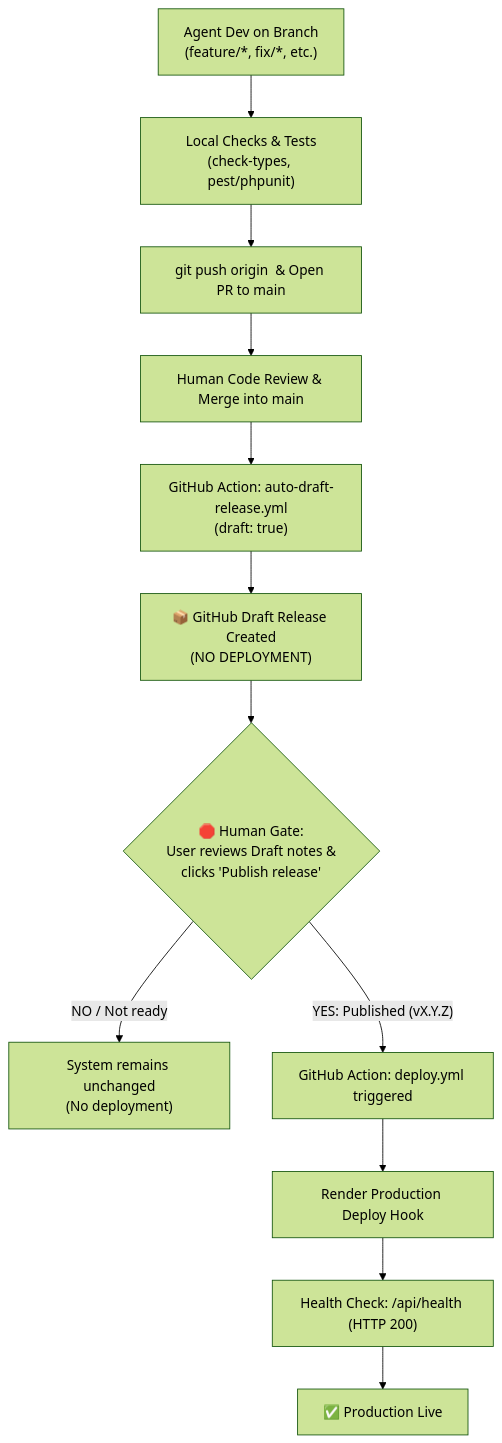
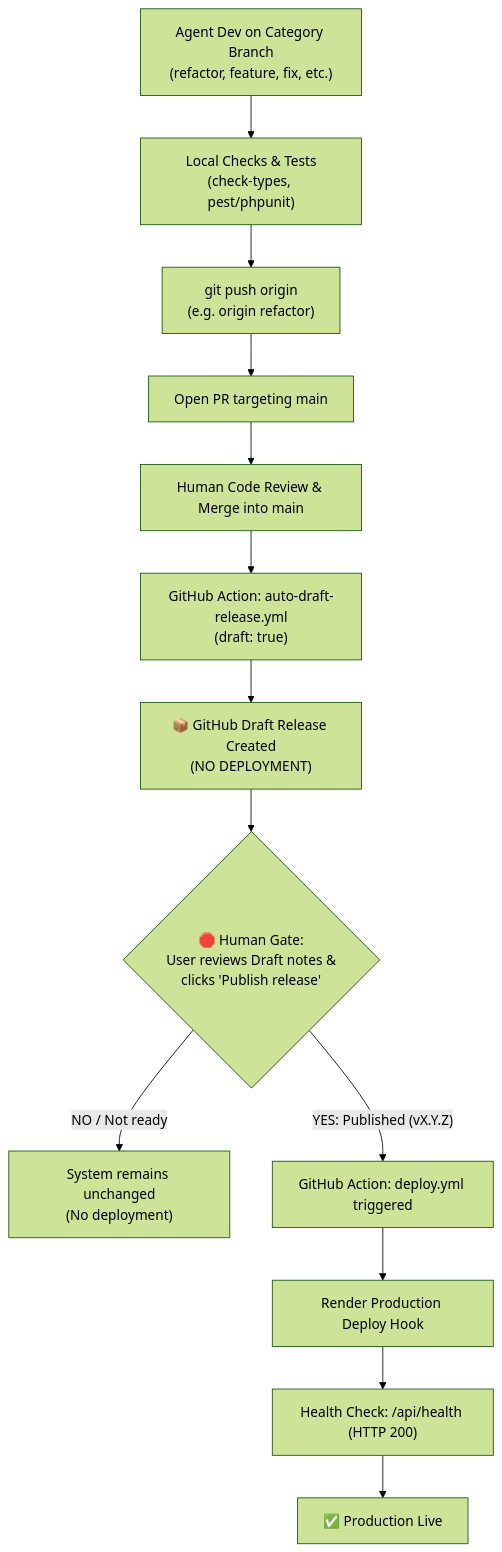
Before and after one commit to NQuangHuyZ31/TIKTOK-CRAWLER-CMS: the diagram in AGENTS.md, drawn with Mermaid (forest theme). The commit also changed other lines of this file and 5 other files, not shown here.

Commit message:
chore(workflow): enforce fixed category branch policy with zero direct push to main

````diff
--- a/AGENTS.md
+++ b/AGENTS.md
@@ -55,14 +59,15 @@
 ```mermaid
 flowchart TD
-    A["Agent Dev on Branch<br>(feature/*, fix/*, etc.)"] --> B["Local Checks & Tests<br>(check-types, pest/phpunit)"]
-    B --> C["git push origin <branch> & Open PR to main"]
-    C --> D["Human Code Review & Merge into main"]
-    D --> E["GitHub Action: auto-draft-release.yml<br>(draft: true)"]
-    E --> F["📦 GitHub Draft Release Created<br>(NO DEPLOYMENT)"]
-    F --> G{"🛑 Human Gate:<br>User reviews Draft notes &<br>clicks 'Publish release'"}
-    G -- "NO / Not ready" --> H["System remains unchanged<br>(No deployment)"]
-    G -- "YES: Published (vX.Y.Z)" --> I["GitHub Action: deploy.yml triggered"]
-    I --> J["Render Production Deploy Hook"]
-    J --> K["Health Check: /api/health (HTTP 200)"]
-    K --> L["✅ Production Live"]
+    A["Agent Dev on Category Branch<br>(refactor, feature, fix, etc.)"] --> B["Local Checks & Tests<br>(check-types, pest/phpunit)"]
+    B --> C["git push origin <category-branch><br>(e.g. origin refactor)"]
+    C --> D["Open PR targeting main"]
+    D --> E["Human Code Review & Merge into main"]
+    E --> F["GitHub Action: auto-draft-release.yml<br>(draft: true)"]
+    F --> G["📦 GitHub Draft Release Created<br>(NO DEPLOYMENT)"]
+    G --> H{"🛑 Human Gate:<br>User reviews Draft notes &<br>clicks 'Publish release'"}
+    H -- "NO / Not ready" --> I["System remains unchanged<br>(No deployment)"]
+    H -- "YES: Published (vX.Y.Z)" --> J["GitHub Action: deploy.yml triggered"]
+    J --> K["Render Production Deploy Hook"]
+    K --> L["Health Check: /api/health (HTTP 200)"]
+    L --> M["✅ Production Live"]
 ```
````
